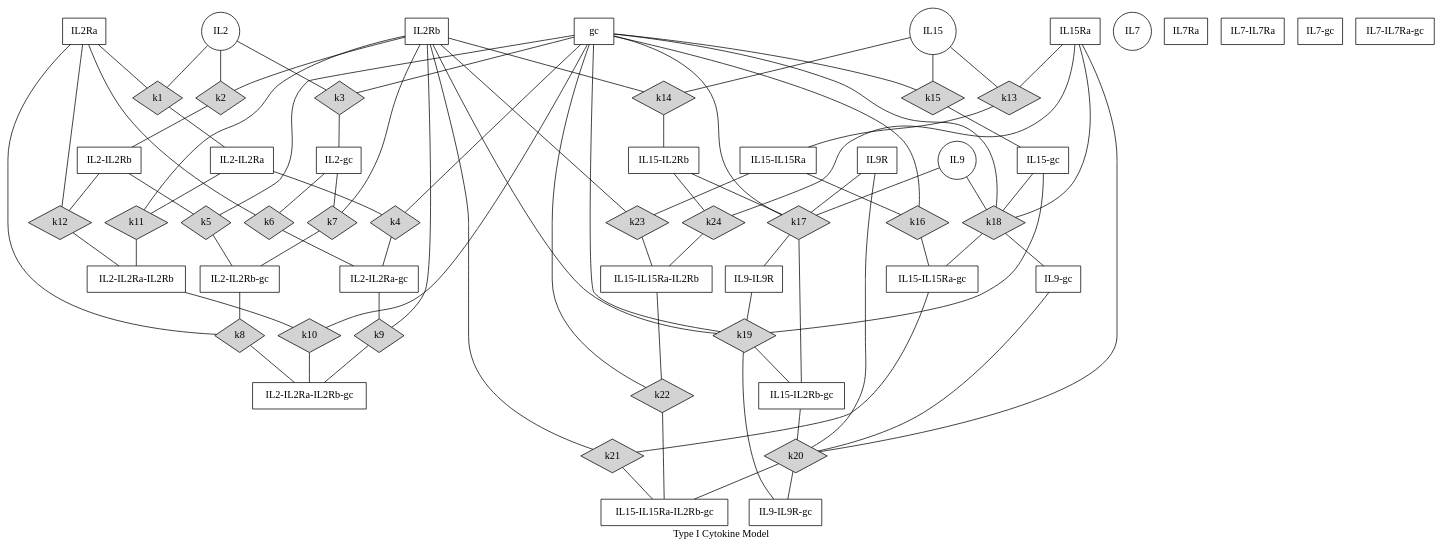
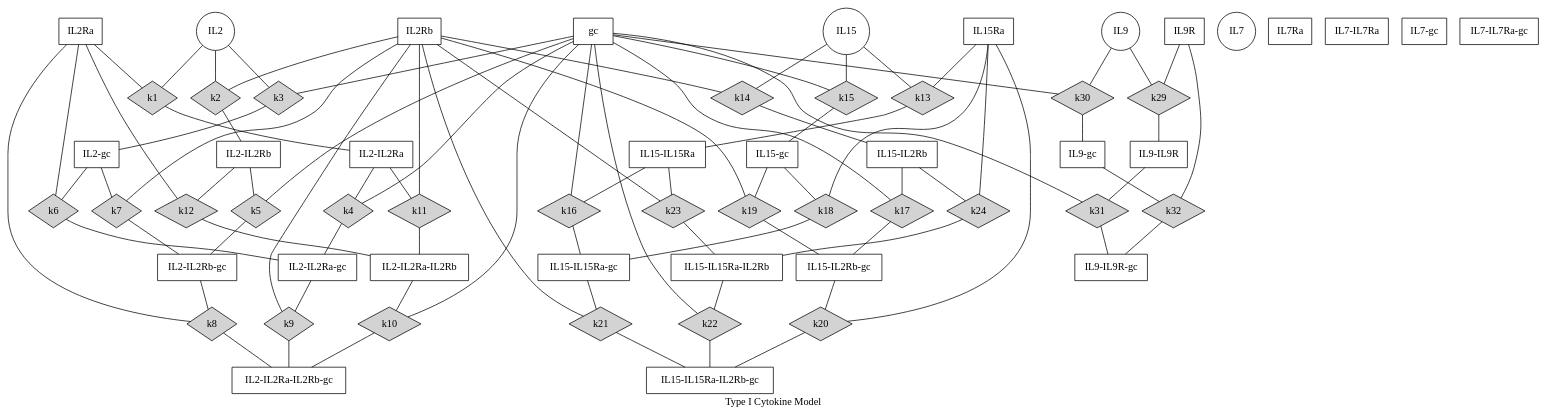
One commit to meyer-lab/gc-valent changed the diagram in ckine/data/graph_all.gv. Above: the diagram before and after it, drawn with Graphviz.

Commit message:
updated k numbers on IL9

```diff
--- a/ckine/data/graph_all.gv
+++ b/ckine/data/graph_all.gv
@@ -1,189 +1,191 @@
 ##"A few people in the field of genetics are using dot to draw "marriage node diagram"  pedigree drawings.  Here is one I have done of a test pedigree from the FTREE pedigree drawing package (Lion Share was a racehorse)." Contributed by David Duffy.
 
 ##Command to get the layout: "dot -Tpng thisfile > thisfile.png"
 
 digraph Ped_Lion_Share           {
 # page = "8.2677165,11.692913";
 ratio = "auto";
 mincross = 2.0;
 label = "Type I Cytokine Model";
 
 "IL2"   [shape=circle];
 "IL2Ra" [shape=box    ];
 "IL2Rb" [shape=box    ];
 "gc"    [shape=box    ];
 "IL2-IL2Ra" [shape=box];
 "IL2-IL2Rb" [shape=box];
 "IL2-gc" [shape=box];
 "IL2-IL2Ra" [shape=box];
 "IL2-IL2Ra" [shape=box];
 "IL2-IL2Ra-IL2Rb" [shape=box ];
 "IL2-IL2Ra-gc" [shape=box ];
 "IL2-IL2Rb-gc" [shape=box ];
 "IL2-IL2Ra-IL2Rb-gc" [shape=box ];
 
 "IL15"  [shape=circle];
 "IL15Ra"    [shape=box];
 "IL15-IL15Ra"   [shape=box];
 "IL15-IL2Rb"    [shape=box];
 "IL15-gc"   [shape=box];
 "IL15-IL15Ra-IL2Rb" [shape=box];
 "IL15-IL15Ra-gc"    [shape=box];
 "IL15-IL2Rb-gc" [shape=box];
 "IL15-IL15Ra-IL2Rb-gc"  [shape=box];
 
 "IL7"   [shape=circle];
 "IL7Ra" [shape=box];
 "IL7-IL7Ra" [shape=box];
 "IL7-gc"    [shape=box];
 "IL7-IL7Ra-gc"  [shape=box];
 
 "IL9"   [shape=circle];
 "IL9R" [shape=box    ];
 "gc"    [shape=box    ];
 "IL9-IL9R" [shape=box];
 "IL9-gc" [shape=box];
 "IL9-IL9R-gc" [shape=box ];
 
 
 "k1" [shape=diamond,style=filled,height=.1,width=.1];
 "IL2" -> "k1" [dir=none,weight=1];
 "IL2Ra" -> "k1" [dir=none,weight=1];
 "k1" -> "IL2-IL2Ra" [dir=none, weight=2];
 
 "k2" [shape=diamond,style=filled,height=.1,width=.1];
 "IL2" -> "k2" [dir=none,weight=1];
 "IL2Rb" -> "k2" [dir=none,weight=1];
 "k2" -> "IL2-IL2Rb" [dir=none, weight=2];
 
 "k3" [shape=diamond,style=filled,height=.1,width=.1];
 "IL2" -> "k3" [dir=none,weight=1];
 "gc" -> "k3" [dir=none,weight=1];
 "k3" -> "IL2-gc" [dir=none, weight=2];
 
 "k4" [shape=diamond,style=filled,height=.1,width=.1];
 "IL2-IL2Ra" -> "k4" [dir=none,weight=1];
 "gc" -> "k4" [dir=none,weight=1];
 "k4" -> "IL2-IL2Ra-gc" [dir=none, weight=2];
 
 "k5" [shape=diamond,style=filled,height=.1,width=.1];
 "IL2-IL2Rb" -> "k5" [dir=none,weight=1];
 "gc" -> "k5" [dir=none,weight=1];
 "k5" -> "IL2-IL2Rb-gc" [dir=none, weight=2];
 
 "k6" [shape=diamond,style=filled,height=.1,width=.1];
 "IL2-gc" -> "k6" [dir=none,weight=1];
 "IL2Ra" -> "k6" [dir=none,weight=1];
 "k6" -> "IL2-IL2Ra-gc" [dir=none, weight=2];
 
 "k7" [shape=diamond,style=filled,height=.1,width=.1];
 "IL2-gc" -> "k7" [dir=none,weight=1];
 "IL2Rb" -> "k7" [dir=none,weight=1];
 "k7" -> "IL2-IL2Rb-gc" [dir=none, weight=2];
 
 "k8" [shape=diamond,style=filled,height=.1,width=.1];
 "IL2-IL2Rb-gc" -> "k8" [dir=none,weight=1];
 "IL2Ra" -> "k8" [dir=none,weight=1];
 "k8" -> "IL2-IL2Ra-IL2Rb-gc" [dir=none, weight=2];
 
 "k9" [shape=diamond,style=filled,height=.1,width=.1];
 "IL2-IL2Ra-gc" -> "k9" [dir=none,weight=1];
 "IL2Rb" -> "k9" [dir=none,weight=1];
 "k9" -> "IL2-IL2Ra-IL2Rb-gc" [dir=none, weight=2];
 
 "k10" [shape=diamond,style=filled,height=.1,width=.1];
 "IL2-IL2Ra-IL2Rb" -> "k10" [dir=none,weight=1];
 "gc" -> "k10" [dir=none,weight=1];
 "k10" -> "IL2-IL2Ra-IL2Rb-gc" [dir=none, weight=2];
 
 "k11" [shape=diamond,style=filled,height=.1,width=.1];
 "IL2-IL2Ra" -> "k11" [dir=none,weight=1];
 "IL2Rb" -> "k11" [dir=none,weight=1];
 "k11" -> "IL2-IL2Ra-IL2Rb" [dir=none, weight=2];
 
 "k12" [shape=diamond,style=filled,height=.1,width=.1];
 "IL2-IL2Rb" -> "k12" [dir=none,weight=1];
 "IL2Ra" -> "k12" [dir=none,weight=1];
 "k12" -> "IL2-IL2Ra-IL2Rb" [dir=none, weight=2];
 
 "k13" [shape=diamond,style=filled,height=.1,width=.1];
 "IL15" -> "k13" [dir=none,weight=1];
 "IL15Ra" -> "k13" [dir=none,weight=1];
 "k13" -> "IL15-IL15Ra" [dir=none, weight=2];
 
 "k14" [shape=diamond,style=filled,height=.1,width=.1];
 "IL15" -> "k14" [dir=none,weight=1];
 "IL2Rb" -> "k14" [dir=none,weight=1];
 "k14" -> "IL15-IL2Rb" [dir=none, weight=2];
 
 "k15" [shape=diamond,style=filled,height=.1,width=.1];
 "IL15" -> "k15" [dir=none,weight=1];
 "gc" -> "k15" [dir=none,weight=1];
 "k15" -> "IL15-gc" [dir=none, weight=2];
 
 "k16" [shape=diamond,style=filled,height=.1,width=.1];
 "IL15-IL15Ra" -> "k16" [dir=none,weight=1];
 "gc" -> "k16" [dir=none,weight=1];
 "k16" -> "IL15-IL15Ra-gc" [dir=none, weight=2];
 
 "k17" [shape=diamond,style=filled,height=.1,width=.1];
 "IL15-IL2Rb" -> "k17" [dir=none,weight=1];
 "gc" -> "k17" [dir=none,weight=1];
 "k17" -> "IL15-IL2Rb-gc" [dir=none, weight=2];
 
 "k18" [shape=diamond,style=filled,height=.1,width=.1];
 "IL15-gc" -> "k18" [dir=none,weight=1];
 "IL15Ra" -> "k18" [dir=none,weight=1];
 "k18" -> "IL15-IL15Ra-gc" [dir=none, weight=2];
 
 "k19" [shape=diamond,style=filled,height=.1,width=.1];
 "IL15-gc" -> "k19" [dir=none,weight=1];
 "IL2Rb" -> "k19" [dir=none,weight=1];
 "k19" -> "IL15-IL2Rb-gc" [dir=none, weight=2];
 
 "k20" [shape=diamond,style=filled,height=.1,width=.1];
 "IL15-IL2Rb-gc" -> "k20" [dir=none,weight=1];
 "IL15Ra" -> "k20" [dir=none,weight=1];
 "k20" -> "IL15-IL15Ra-IL2Rb-gc" [dir=none, weight=2];
 
 "k21" [shape=diamond,style=filled,height=.1,width=.1];
 "IL15-IL15Ra-gc" -> "k21" [dir=none,weight=1];
 "IL2Rb" -> "k21" [dir=none,weight=1];
 "k21" -> "IL15-IL15Ra-IL2Rb-gc" [dir=none, weight=2];
 
 "k22" [shape=diamond,style=filled,height=.1,width=.1];
 "IL15-IL15Ra-IL2Rb" -> "k22" [dir=none,weight=1];
 "gc" -> "k22" [dir=none,weight=1];
 "k22" -> "IL15-IL15Ra-IL2Rb-gc" [dir=none, weight=2];
 
 "k23" [shape=diamond,style=filled,height=.1,width=.1];
 "IL15-IL15Ra" -> "k23" [dir=none,weight=1];
 "IL2Rb" -> "k23" [dir=none,weight=1];
 "k23" -> "IL15-IL15Ra-IL2Rb" [dir=none, weight=2];
 
 "k24" [shape=diamond,style=filled,height=.1,width=.1];
 "IL15-IL2Rb" -> "k24" [dir=none,weight=1];
 "IL15Ra" -> "k24" [dir=none,weight=1];
 "k24" -> "IL15-IL15Ra-IL2Rb" [dir=none, weight=2];
 
-"k17" [shape=diamond,style=filled,height=.1,width=.1];
-"IL9" -> "k17" [dir=none,weight=1];
-"IL9R" -> "k17" [dir=none,weight=1];
-"k17" -> "IL9-IL9R" [dir=none, weight=2];
 
-"k18" [shape=diamond,style=filled,height=.1,width=.1];
-"IL9" -> "k18" [dir=none,weight=1];
-"gc" -> "k18" [dir=none,weight=1];
-"k18" -> "IL9-gc" [dir=none, weight=2];
 
-"k19" [shape=diamond,style=filled,height=.1,width=.1];
-"IL9-IL9R" -> "k19" [dir=none,weight=1];
-"gc" -> "k19" [dir=none,weight=1];
-"k19" -> "IL9-IL9R-gc" [dir=none, weight=2];
+"k29" [shape=diamond,style=filled,height=.1,width=.1];
+"IL9" -> "k29" [dir=none,weight=1];
+"IL9R" -> "k29" [dir=none,weight=1];
+"k29" -> "IL9-IL9R" [dir=none, weight=2];
 
-"k20" [shape=diamond,style=filled,height=.1,width=.1];
-"IL9-gc" -> "k20" [dir=none,weight=1];
-"IL9R" -> "k20" [dir=none,weight=1];
-"k20" -> "IL9-IL9R-gc" [dir=none, weight=2];
+"k30" [shape=diamond,style=filled,height=.1,width=.1];
+"IL9" -> "k30" [dir=none,weight=1];
+"gc" -> "k30" [dir=none,weight=1];
+"k30" -> "IL9-gc" [dir=none, weight=2];
+
+"k31" [shape=diamond,style=filled,height=.1,width=.1];
+"IL9-IL9R" -> "k31" [dir=none,weight=1];
+"gc" -> "k31" [dir=none,weight=1];
+"k31" -> "IL9-IL9R-gc" [dir=none, weight=2];
+
+"k32" [shape=diamond,style=filled,height=.1,width=.1];
+"IL9-gc" -> "k32" [dir=none,weight=1];
+"IL9R" -> "k32" [dir=none,weight=1];
+"k32" -> "IL9-IL9R-gc" [dir=none, weight=2];
 
 }
```
